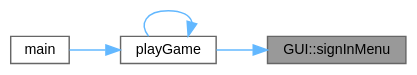
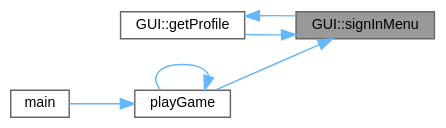
The diagram in class_g_u_i_acb96e4bfa59c6929e70a33c8c45f795b_icgraph.dot (jesstyrrell/cosc345), drawn with Graphviz before and after one commit. The commit also changed 266 other files, not shown here.

```diff
--- a/class_g_u_i_acb96e4bfa59c6929e70a33c8c45f795b_icgraph.dot
+++ b/class_g_u_i_acb96e4bfa59c6929e70a33c8c45f795b_icgraph.dot
@@ -1,15 +1,18 @@
 digraph "GUI::signInMenu"
 {
  // INTERACTIVE_SVG=YES
  // LATEX_PDF_SIZE
   bgcolor="transparent";
   edge [fontname=Helvetica,fontsize=10,labelfontname=Helvetica,labelfontsize=10];
   node [fontname=Helvetica,fontsize=10,shape=box,height=0.2,width=0.4];
   rankdir="RL";
   Node1 [id="Node000001",label="GUI::signInMenu",height=0.2,width=0.4,color="gray40", fillcolor="grey60", style="filled", fontcolor="black",tooltip="Prompts the user to sign in."];
   Node1 -> Node2 [id="edge1_Node000001_Node000002",dir="back",color="steelblue1",style="solid",tooltip=" "];
-  Node2 [id="Node000002",label="playGame",height=0.2,width=0.4,color="grey40", fillcolor="white", style="filled",URL="$main_8cpp.html#a4cbfdb17bf51e00546880626f7e80429",tooltip=" "];
-  Node2 -> Node3 [id="edge2_Node000002_Node000003",dir="back",color="steelblue1",style="solid",tooltip=" "];
-  Node3 [id="Node000003",label="main",height=0.2,width=0.4,color="grey40", fillcolor="white", style="filled",URL="$main_8cpp.html#a0ddf1224851353fc92bfbff6f499fa97",tooltip=" "];
-  Node2 -> Node2 [id="edge3_Node000002_Node000002",dir="back",color="steelblue1",style="solid",tooltip=" "];
+  Node2 [id="Node000002",label="GUI::getProfile",height=0.2,width=0.4,color="grey40", fillcolor="white", style="filled",URL="$class_g_u_i.html#a00b431f2af4b04eff9dd33d987d0d772",tooltip="Gets the profile of a player from the ./data/profiles.csv file."];
+  Node2 -> Node1 [id="edge2_Node000002_Node000001",dir="back",color="steelblue1",style="solid",tooltip=" "];
+  Node1 -> Node3 [id="edge3_Node000001_Node000003",dir="back",color="steelblue1",style="solid",tooltip=" "];
+  Node3 [id="Node000003",label="playGame",height=0.2,width=0.4,color="grey40", fillcolor="white", style="filled",URL="$main_8cpp.html#a4cbfdb17bf51e00546880626f7e80429",tooltip=" "];
+  Node3 -> Node4 [id="edge4_Node000003_Node000004",dir="back",color="steelblue1",style="solid",tooltip=" "];
+  Node4 [id="Node000004",label="main",height=0.2,width=0.4,color="grey40", fillcolor="white", style="filled",URL="$main_8cpp.html#a0ddf1224851353fc92bfbff6f499fa97",tooltip=" "];
+  Node3 -> Node3 [id="edge5_Node000003_Node000003",dir="back",color="steelblue1",style="solid",tooltip=" "];
 }
```
